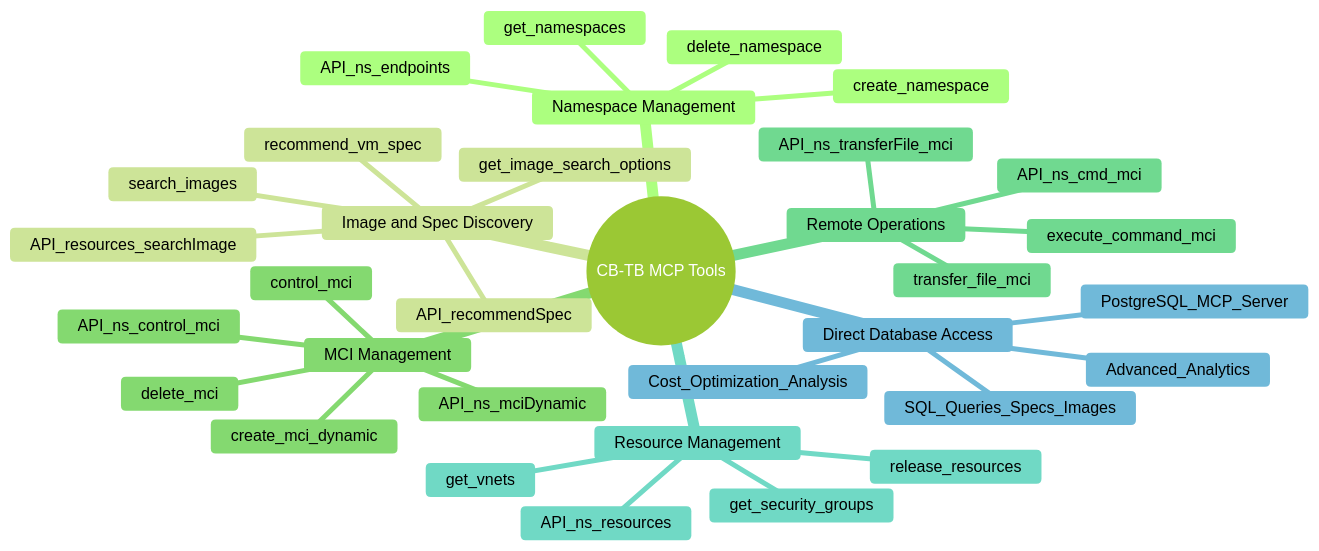
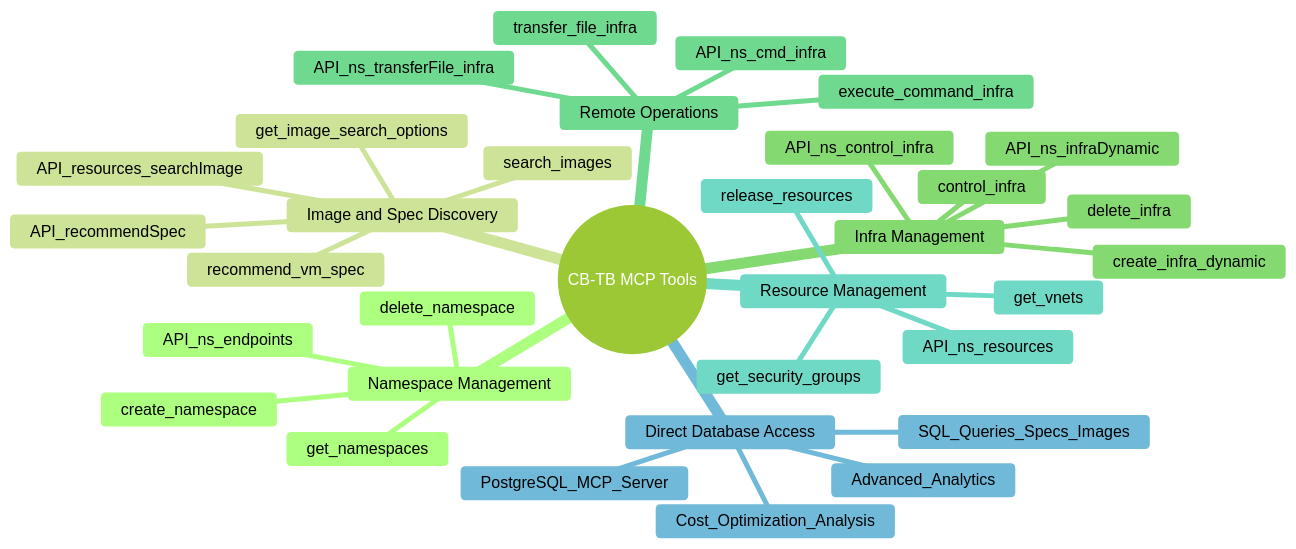
The sixth of 7 diagrams in src/interface/mcp/architecture.md (cloud-barista/cb-tumblebug), drawn with Mermaid (forest theme) before and after one commit. The commit also changed other lines of this file and 197 other files, not shown here.

````diff
--- a/src/interface/mcp/architecture.md
+++ b/src/interface/mcp/architecture.md
@@ -238,41 +238,41 @@
 ```mermaid
 mindmap
   root((CB-TB MCP Tools))
     Namespace Management
       get_namespaces
       create_namespace
       delete_namespace
       API_ns_endpoints
     
     Image and Spec Discovery
       get_image_search_options
       search_images
       recommend_vm_spec
       API_resources_searchImage
       API_recommendSpec
     
-    MCI Management
-      create_mci_dynamic
-      control_mci
-      delete_mci
-      API_ns_mciDynamic
-      API_ns_control_mci
+    Infra Management
+      create_infra_dynamic
+      control_infra
+      delete_infra
+      API_ns_infraDynamic
+      API_ns_control_infra
     
     Remote Operations
-      execute_command_mci
-      transfer_file_mci
-      API_ns_cmd_mci
-      API_ns_transferFile_mci
+      execute_command_infra
+      transfer_file_infra
+      API_ns_cmd_infra
+      API_ns_transferFile_infra
     
     Resource Management
       get_vnets
       get_security_groups
       release_resources
       API_ns_resources
     
     Direct Database Access
       PostgreSQL_MCP_Server
       SQL_Queries_Specs_Images
       Advanced_Analytics
       Cost_Optimization_Analysis
 ```
````
